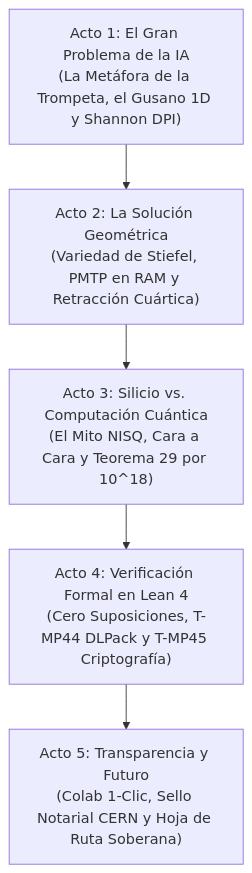
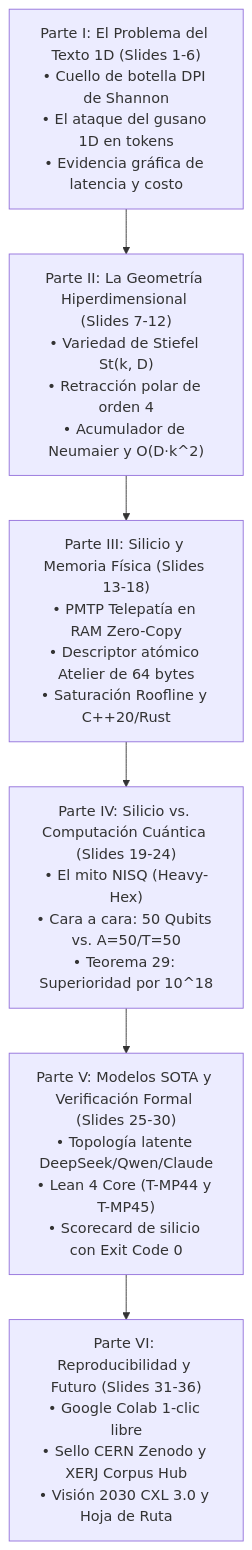
One commit to AGT1973/POLYDIM_EinSof changed the diagram in docs/POLYDIM_EINSOF_PRESENTACION_MAESTRA_GUIA.md. Above: the diagram before and after it, drawn with Mermaid. The commit also changed other lines of this file, not shown here.

````diff
--- a/docs/POLYDIM_EINSOF_PRESENTACION_MAESTRA_GUIA.md
+++ b/docs/POLYDIM_EINSOF_PRESENTACION_MAESTRA_GUIA.md
@@ -24,7 +24,8 @@
 ```mermaid
 flowchart TD
-    A["Acto 1: El Gran Problema de la IA<br/>(La Metáfora de la Trompeta, el Gusano 1D y Shannon DPI)"] --> B["Acto 2: La Solución Geométrica<br/>(Variedad de Stiefel, PMTP en RAM y Retracción Cuártica)"]
-    B --> C["Acto 3: Silicio vs. Computación Cuántica<br/>(El Mito NISQ, Cara a Cara y Teorema 29 por 10^18)"]
-    C --> D["Acto 4: Verificación Formal en Lean 4<br/>(Cero Suposiciones, T-MP44 DLPack y T-MP45 Criptografía)"]
-    D --> E["Acto 5: Transparencia y Futuro<br/>(Colab 1-Clic, Sello Notarial CERN y Hoja de Ruta Soberana)"]
+    P1["Parte I: El Problema del Texto 1D (Slides 1-6)<br/>• Cuello de botella DPI de Shannon<br/>• El ataque del gusano 1D en tokens<br/>• Evidencia gráfica de latencia y costo"] --> P2["Parte II: La Geometría Hiperdimensional (Slides 7-12)<br/>• Variedad de Stiefel St(k, D)<br/>• Retracción polar de orden 4<br/>• Acumulador de Neumaier y O(D·k^2)"]
+    P2 --> P3["Parte III: Silicio y Memoria Física (Slides 13-18)<br/>• PMTP Telepatía en RAM Zero-Copy<br/>• Descriptor atómico Atelier de 64 bytes<br/>• Saturación Roofline y C++20/Rust"]
+    P3 --> P4["Parte IV: Silicio vs. Computación Cuántica (Slides 19-24)<br/>• El mito NISQ (Heavy-Hex)<br/>• Cara a cara: 50 Qubits vs. A=50/T=50<br/>• Teorema 29: Superioridad por 10^18"]
+    P4 --> P5["Parte V: Modelos SOTA y Verificación Formal (Slides 25-30)<br/>• Topología latente DeepSeek/Qwen/Claude<br/>• Lean 4 Core (T-MP44 y T-MP45)<br/>• Scorecard de silicio con Exit Code 0"]
+    P5 --> P6["Parte VI: Reproducibilidad y Futuro (Slides 31-36)<br/>• Google Colab 1-clic libre<br/>• Sello CERN Zenodo y XERJ Corpus Hub<br/>• Visión 2030 CXL 3.0 y Hoja de Ruta"]
 ```
````
